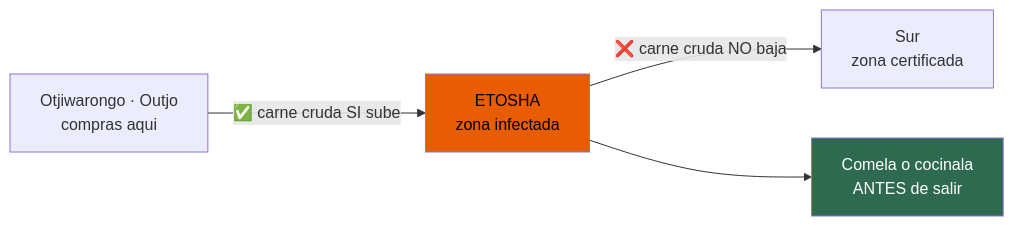
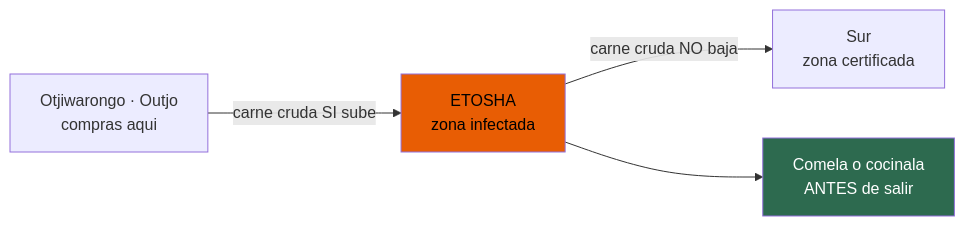
One commit to morandeirachema/namibia changed the second of 2 diagrams in 07-logistica.md. Above: the diagram before and after it, drawn with Mermaid. The commit also changed other lines of this file and 14 other files, not shown here.

Commit message:
Arreglar el renderizado de los diagramas en GitHub: fuera emojis, negritas y barras ASCII de dentro de los nodos, que descuadraban la medida y recortaban el texto

````diff
--- a/07-logistica.md
+++ b/07-logistica.md
@@ -174,8 +174,8 @@
 ```mermaid
 flowchart LR
-    O["Otjiwarongo · Outjo<br/>compras aqui"] -->|"✅ carne cruda SI sube"| E["ETOSHA<br/>zona infectada"]
-    E -->|"❌ carne cruda NO baja"| S["Sur<br/>zona certificada"]
+    O["Otjiwarongo · Outjo<br/>compras aqui"] -->|" carne cruda SI sube"| E["ETOSHA<br/>zona infectada"]
+    E -->|" carne cruda NO baja"| S["Sur<br/>zona certificada"]
     E --> X["Comela o cocinala<br/>ANTES de salir"]
     style E fill:#e85d04,color:#000
     style X fill:#2d6a4f,color:#fff
 ```
````
